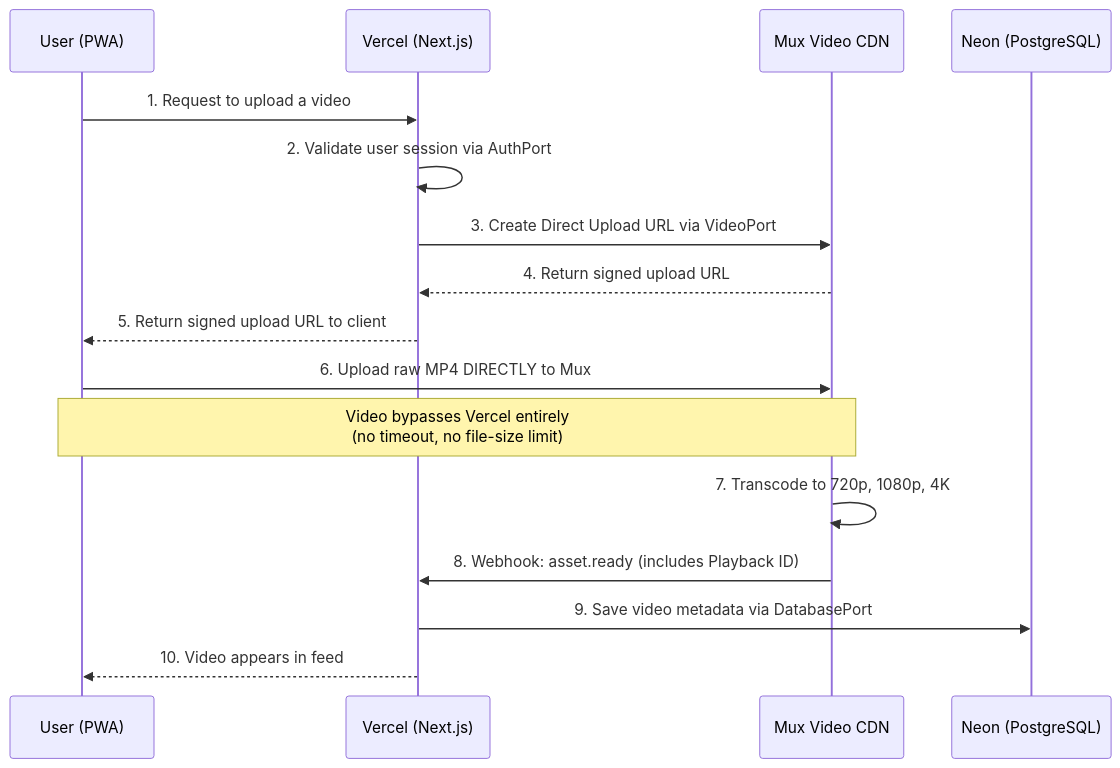
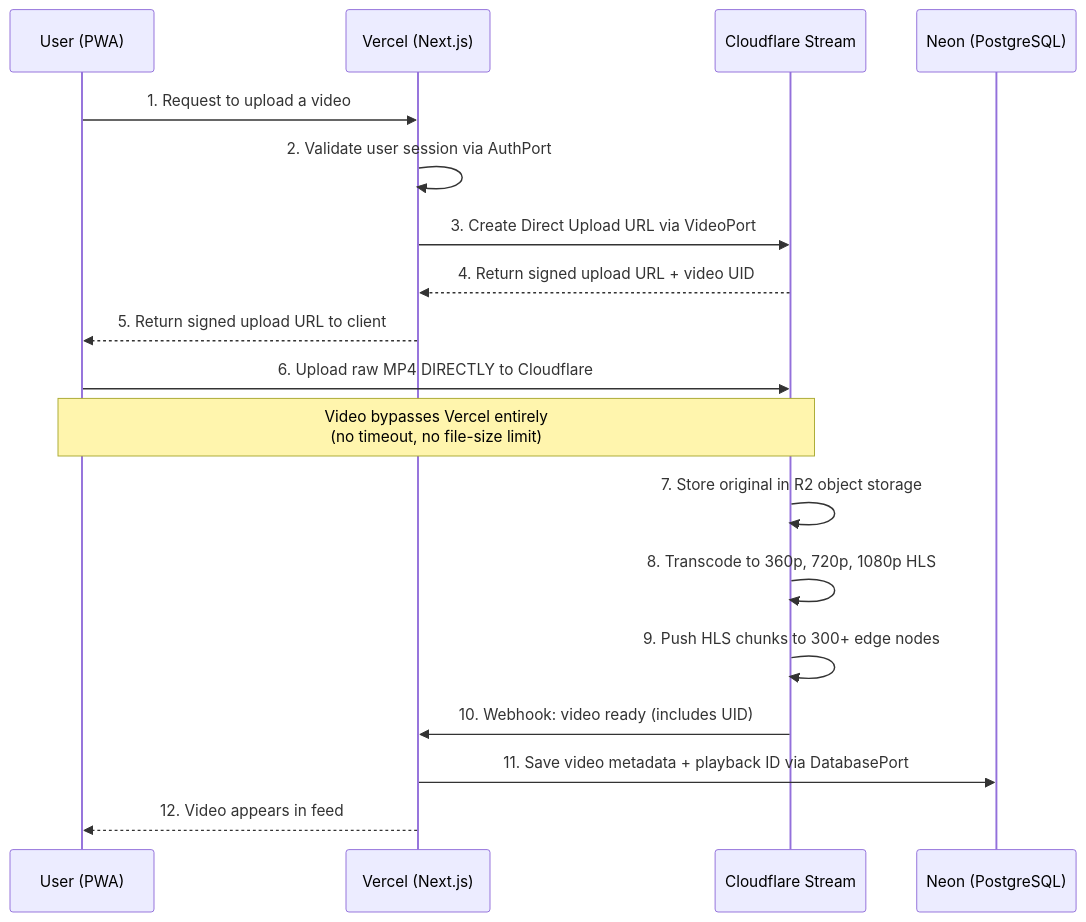
One commit to ShellyDCMS/DellClips changed the fifth of 8 diagrams in specs/architecture.md. Above: the diagram before and after it, drawn with Mermaid. The commit also changed other lines of this file, not shown here.

Commit message:
update architecture document with free-tier cost optimization, vendor-neutral naming, Cloudflare Stream migration, and expanded video storage infrastructure details

````diff
--- a/specs/architecture.md
+++ b/specs/architecture.md
@@ -335,19 +401,21 @@
 ```mermaid
 sequenceDiagram
     participant U as User (PWA)
     participant V as Vercel (Next.js)
-    participant M as Mux Video CDN
+    participant CF as Cloudflare Stream
     participant DB as Neon (PostgreSQL)
 
     U->>V: 1. Request to upload a video
     V->>V: 2. Validate user session via AuthPort
-    V->>M: 3. Create Direct Upload URL via VideoPort
-    M-->>V: 4. Return signed upload URL
+    V->>CF: 3. Create Direct Upload URL via VideoPort
+    CF-->>V: 4. Return signed upload URL + video UID
     V-->>U: 5. Return signed upload URL to client
-    U->>M: 6. Upload raw MP4 DIRECTLY to Mux
-    Note over U,M: Video bypasses Vercel entirely<br/>(no timeout, no file-size limit)
-    M->>M: 7. Transcode to 720p, 1080p, 4K
-    M->>V: 8. Webhook: asset.ready (includes Playback ID)
-    V->>DB: 9. Save video metadata via DatabasePort
-    V-->>U: 10. Video appears in feed
+    U->>CF: 6. Upload raw MP4 DIRECTLY to Cloudflare
+    Note over U,CF: Video bypasses Vercel entirely<br/>(no timeout, no file-size limit)
+    CF->>CF: 7. Store original in R2 object storage
+    CF->>CF: 8. Transcode to 360p, 720p, 1080p HLS
+    CF->>CF: 9. Push HLS chunks to 300+ edge nodes
+    CF->>V: 10. Webhook: video ready (includes UID)
+    V->>DB: 11. Save video metadata + playback ID via DatabasePort
+    V-->>U: 12. Video appears in feed
 ```
````
